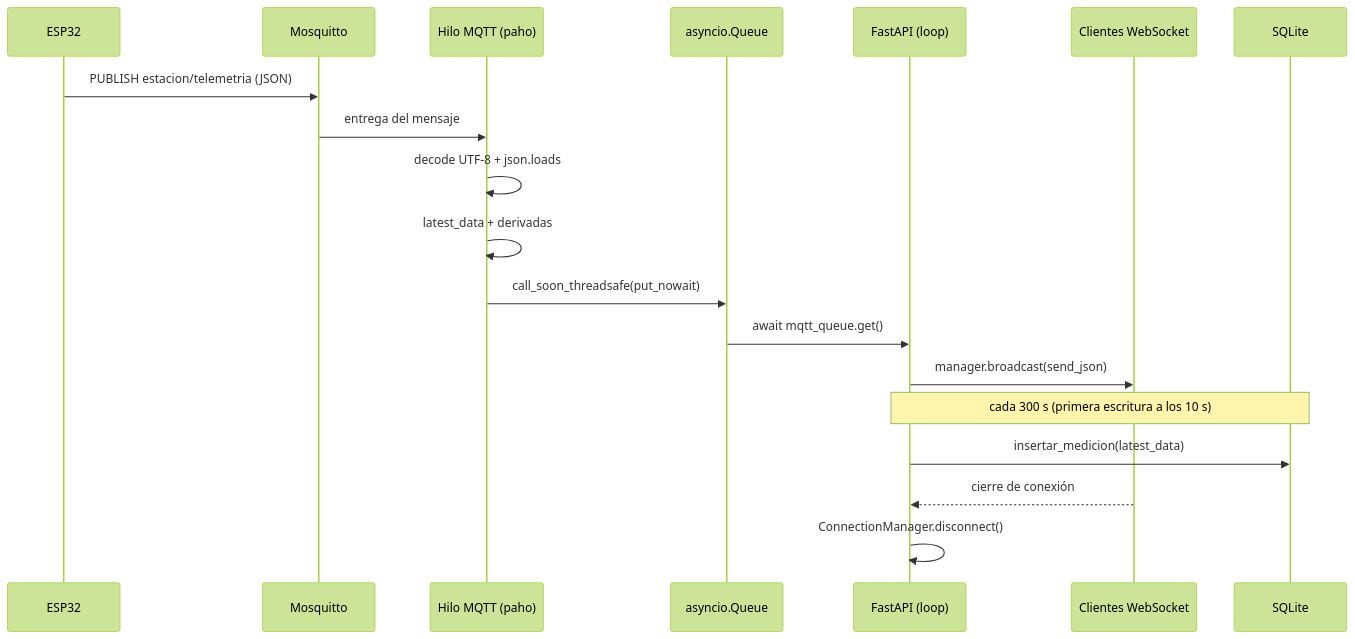
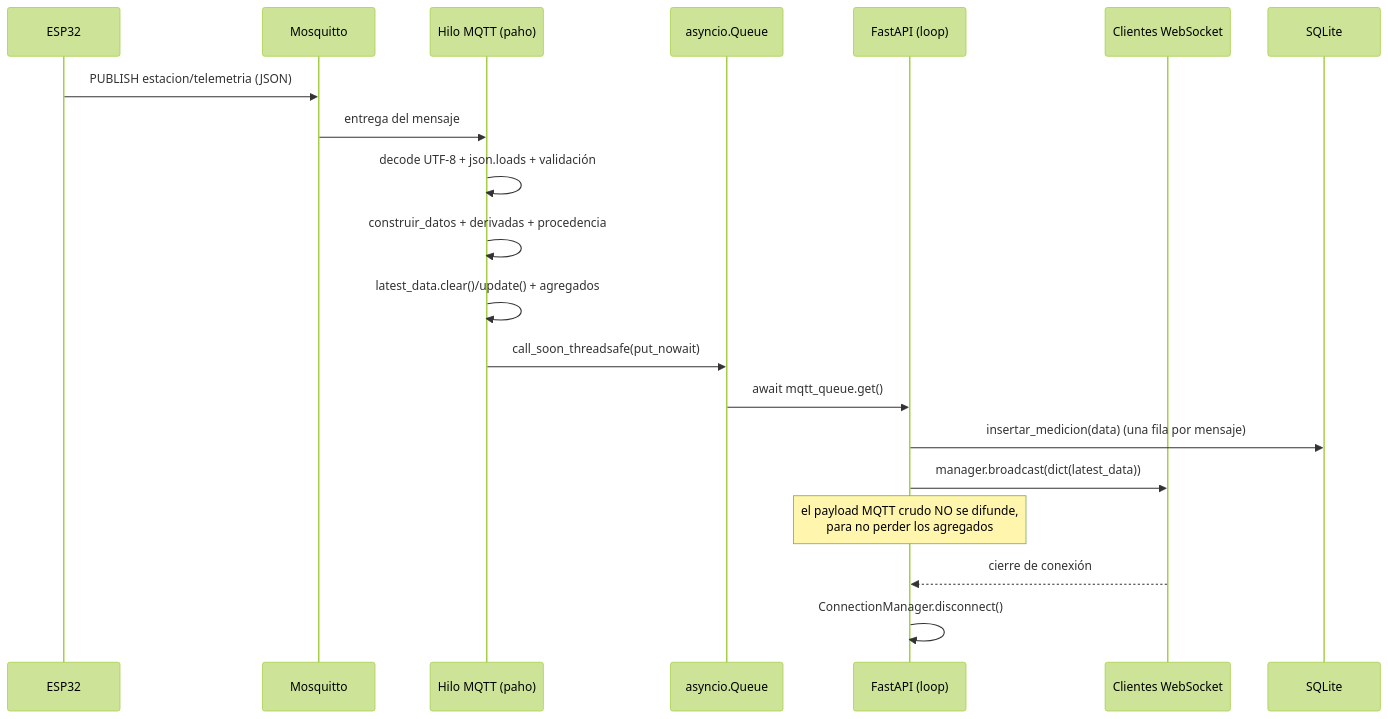
The second of 3 diagrams in docs/ARQUITECTURA.md (EstebanBertoni/estacion_meteorologica), drawn with Mermaid (forest theme) before and after one commit. The commit also changed other lines of this file and 2 other files, not shown here.

First line of the commit message:
Actualizar documentación tras el merge de Pagina_Web

````diff
--- a/docs/ARQUITECTURA.md
+++ b/docs/ARQUITECTURA.md
@@ -52,22 +59,23 @@
 ```mermaid
 sequenceDiagram
     participant ESP32
     participant Broker as Mosquitto
     participant Paho as Hilo MQTT (paho)
     participant Queue as asyncio.Queue
     participant App as FastAPI (loop)
     participant Web as Clientes WebSocket
     participant DB as SQLite
 
     ESP32->>Broker: PUBLISH estacion/telemetria (JSON)
     Broker->>Paho: entrega del mensaje
-    Paho->>Paho: decode UTF-8 + json.loads
-    Paho->>Paho: latest_data + derivadas
+    Paho->>Paho: decode UTF-8 + json.loads + validación
+    Paho->>Paho: construir_datos + derivadas + procedencia
+    Paho->>Paho: latest_data.clear()/update() + agregados
     Paho->>Queue: call_soon_threadsafe(put_nowait)
     Queue->>App: await mqtt_queue.get()
-    App->>Web: manager.broadcast(send_json)
-    Note over App,DB: cada 300 s (primera escritura a los 10 s)
-    App->>DB: insertar_medicion(latest_data)
+    App->>DB: insertar_medicion(data) (una fila por mensaje)
+    App->>Web: manager.broadcast(dict(latest_data))
+    Note over App: el payload MQTT crudo NO se difunde,<br/>para no perder los agregados
     Web-->>App: cierre de conexión
     App->>App: ConnectionManager.disconnect()
 ```
````
